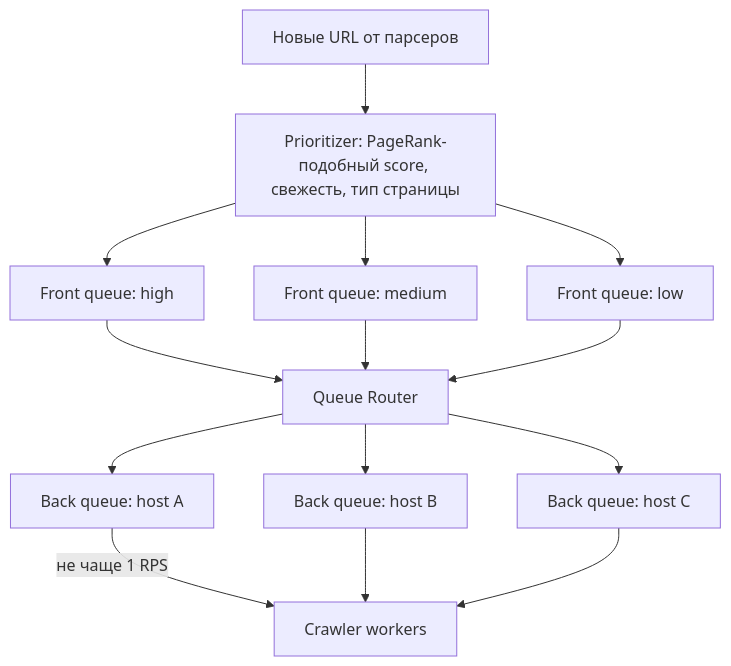
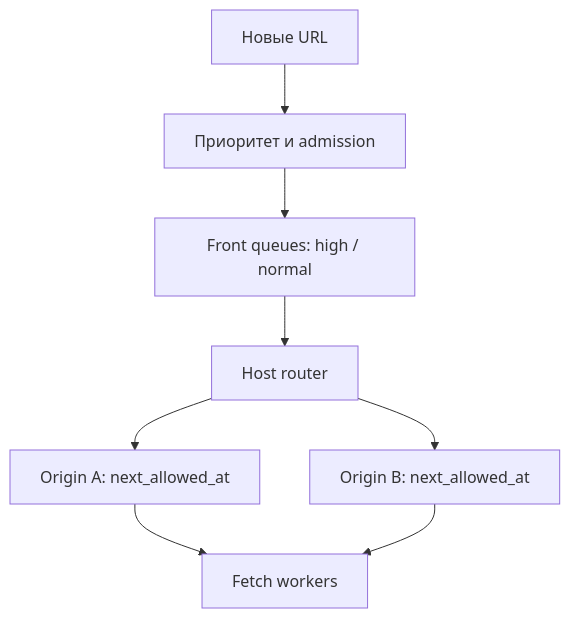
Before and after one commit to AlohaJava/system-design-interview-chamkin: the fourth of 6 diagrams in 02-case-studies/web-crawler.md, drawn with Mermaid. The commit also changed other lines of this file and 49 other files, not shown here.

````diff
--- a/02-case-studies/web-crawler.md
+++ b/02-case-studies/web-crawler.md
@@ -270,19 +238,10 @@
 ```mermaid
-flowchart TD
-    NewURLs["Новые URL от парсеров"] --> Prioritizer["Prioritizer: PageRank-подобный score, свежесть, тип страницы"]
-    Prioritizer --> FrontQ1["Front queue: high"]
-    Prioritizer --> FrontQ2["Front queue: medium"]
-    Prioritizer --> FrontQ3["Front queue: low"]
-
-    FrontQ1 --> Router["Queue Router"]
-    FrontQ2 --> Router
-    FrontQ3 --> Router
-
-    Router --> BQ1["Back queue: host A"]
-    Router --> BQ2["Back queue: host B"]
-    Router --> BQ3["Back queue: host C"]
-
-    BQ1 -->|"не чаще 1 RPS"| Crawlers["Crawler workers"]
-    BQ2 --> Crawlers
-    BQ3 --> Crawlers
+flowchart TB
+    N["Новые URL"] --> P["Приоритет и admission"]
+    P --> F["Front queues: high / normal"]
+    F --> R["Host router"]
+    R --> A["Origin A: next_allowed_at"]
+    R --> B["Origin B: next_allowed_at"]
+    A --> W["Fetch workers"]
+    B --> W
 ```
````
